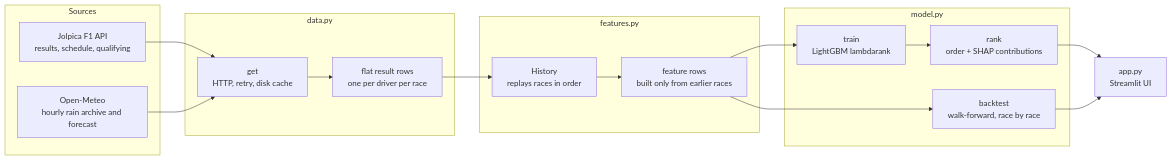
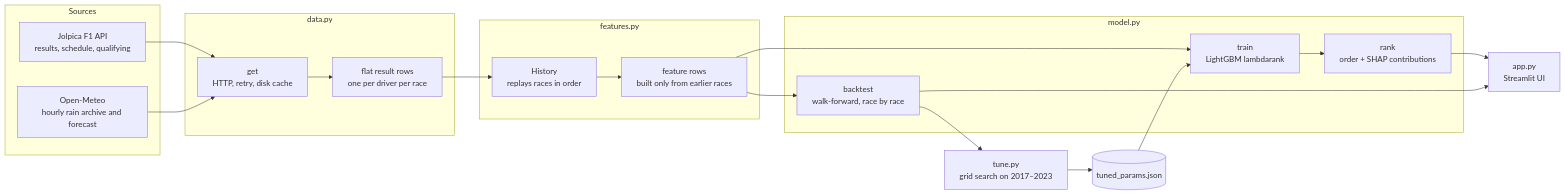
Before and after one commit to DorukMaltepe/my-formula-1: the diagram in README.md, drawn with Mermaid. The commit also changed other lines of this file and 6 other files, not shown here.

````diff
--- a/README.md
+++ b/README.md
@@ -40,24 +42,27 @@
 ```mermaid
 flowchart LR
     subgraph Sources
         J[Jolpica F1 API<br/>results, schedule, qualifying]
         W[Open-Meteo<br/>hourly rain archive and forecast]
     end
     subgraph data.py
         G[get<br/>HTTP, retry, disk cache] --> R[flat result rows<br/>one per driver per race]
     end
     subgraph features.py
         H[History<br/>replays races in order] --> F[feature rows<br/>built only from earlier races]
     end
     subgraph model.py
         T[train<br/>LightGBM lambdarank] --> P[rank<br/>order + SHAP contributions]
         B[backtest<br/>walk-forward, race by race]
     end
     J --> G
     W --> G
     R --> H
     F --> T
     F --> B
+    B --> TU[tune.py<br/>grid search on 2017–2023]
+    TU --> J2[(tuned_params.json)]
+    J2 --> T
     P --> A[app.py<br/>Streamlit UI]
     B --> A
 ```
````
